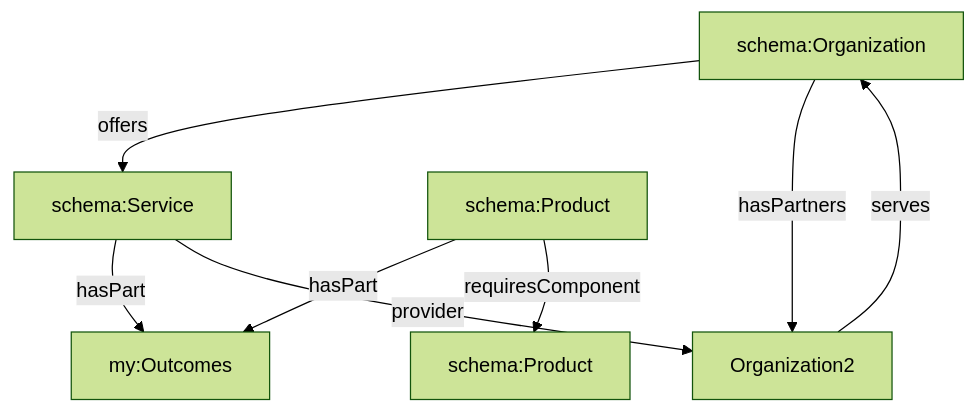
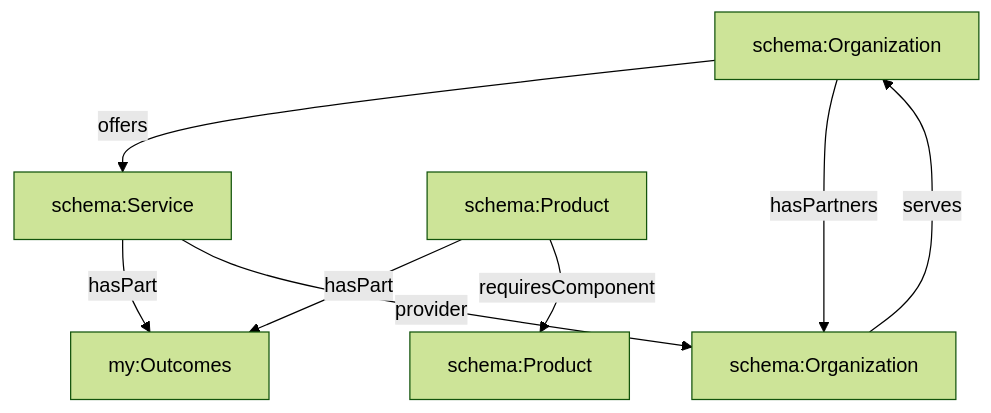
The diagram in www/content/paper/index.md (fact-claims/fact.claims), drawn with Mermaid (forest theme) before and after one commit.

````diff
--- a/www/content/paper/index.md
+++ b/www/content/paper/index.md
@@ -78,10 +78,10 @@
 ```mermaid
 graph TB;
   Organization["schema:Organization"] -->|offers| Services["schema:Service"]
   Organization2 -->|serves| Organization["schema:Organization"]
   Products["schema:Product"] -->|hasPart| Outcomes["my:Outcomes"]
   Services -->|hasPart| Outcomes
   Products -->|requiresComponent| SupplyChain["schema:Product"]
   Services -->|provider| Organization2
-  Organization -->|hasPartners| Organization2
+  Organization -->|hasPartners| Organization2["schema:Organization"]
 ```
````
